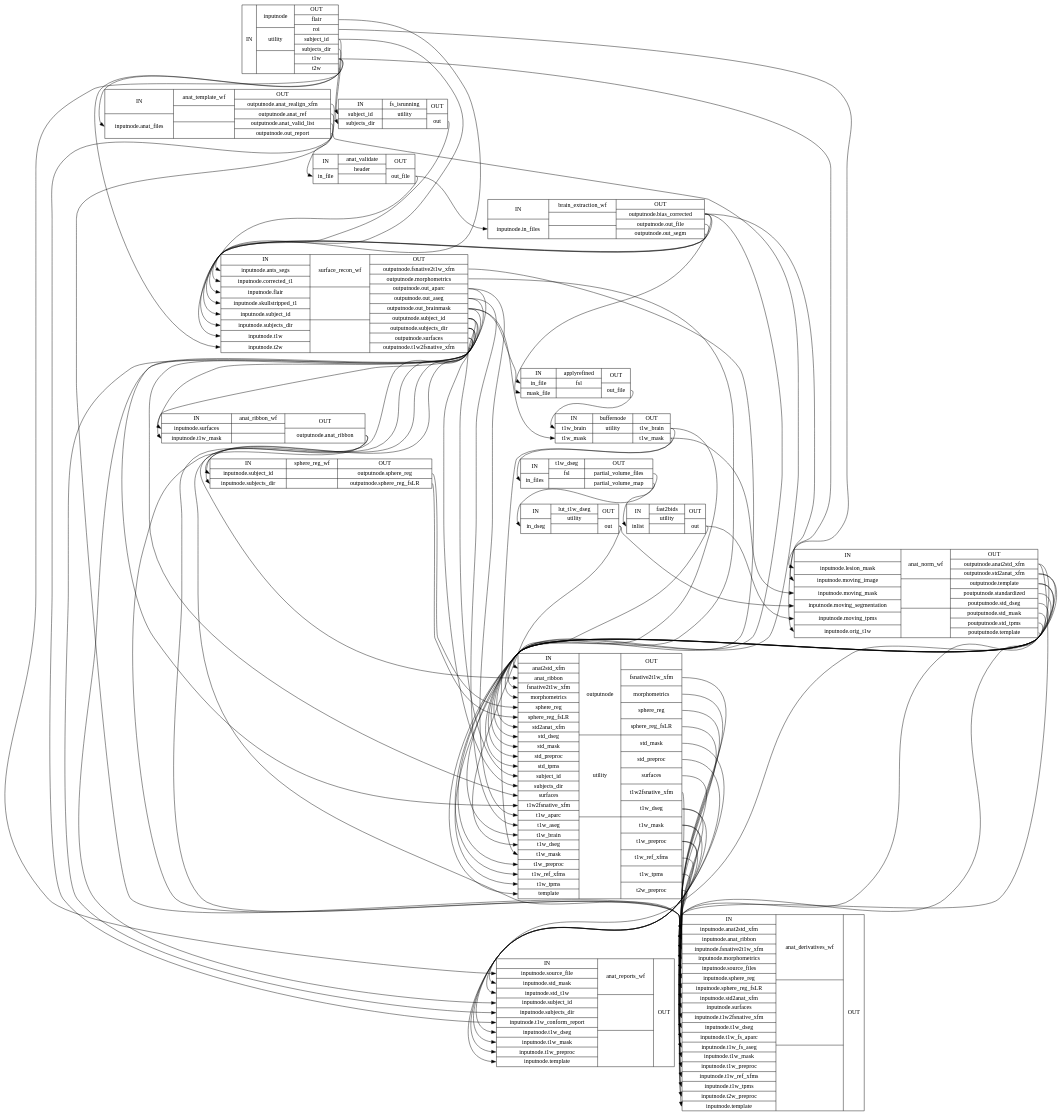
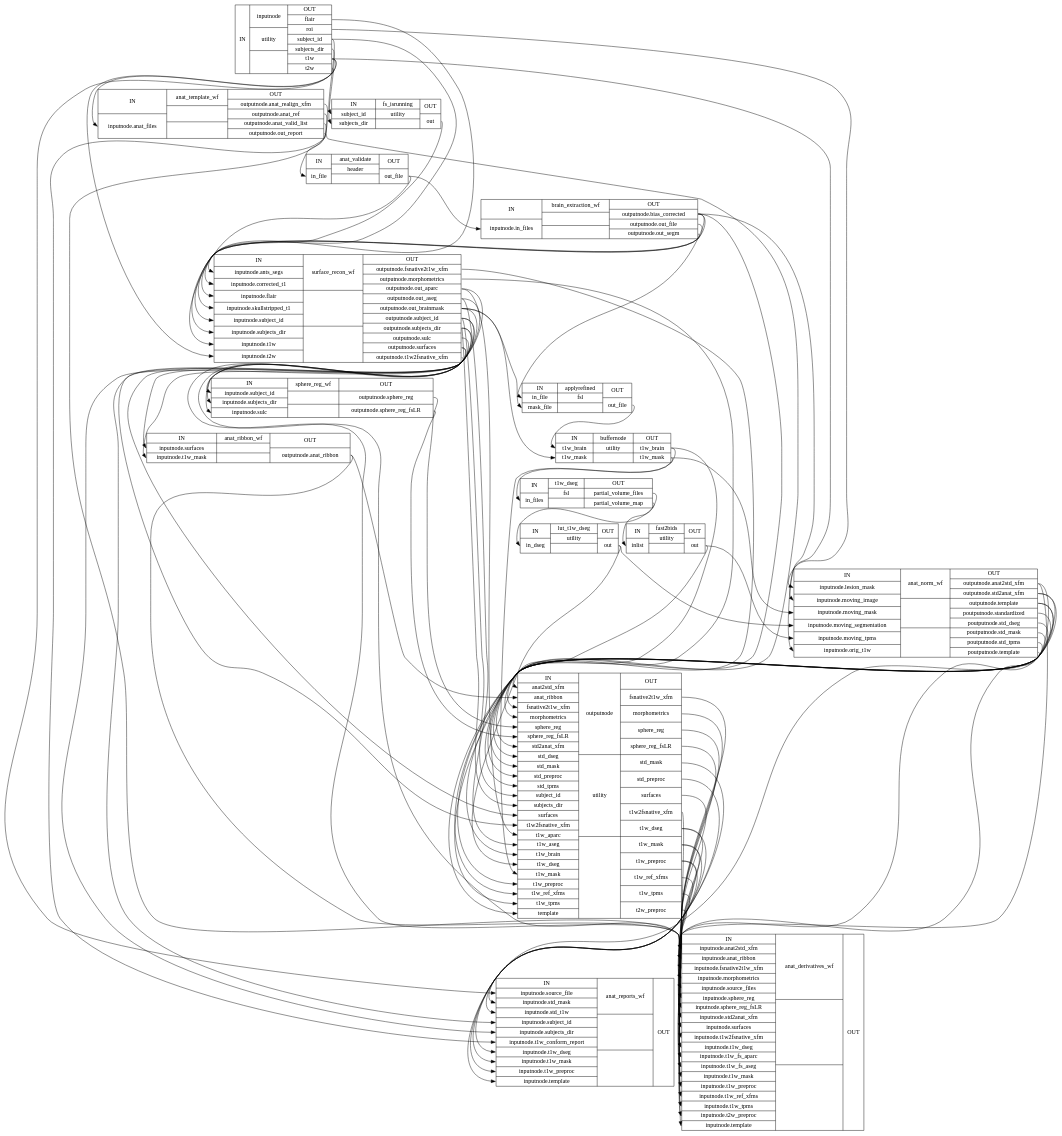
The diagram in 0.11.1/wf_directive/api/anat_preproc_wf/smriprep-workflows-anatomical-1_detailed.dot (psadil/smriprep), drawn with Graphviz before and after one commit. The commit also changed 3009 other files, not shown here.

```diff
--- a/0.11.1/wf_directive/api/anat_preproc_wf/smriprep-workflows-anatomical-1_detailed.dot
+++ b/0.11.1/wf_directive/api/anat_preproc_wf/smriprep-workflows-anatomical-1_detailed.dot
@@ -5,10 +5,10 @@
 anat_preproc_wffs_isrunning [label="{IN|<insubjectid> subject_id|<insubjectsdir> subjects_dir}|{ fs_isrunning | utility |  }|{OUT|<outout> out}"];
 anat_preproc_wfanat_validate [label="{IN|<ininfile> in_file}|{ anat_validate | header |  }|{OUT|<outoutfile> out_file}"];
 anat_preproc_wfbrain_extraction_wf [label="{IN|<ininputnodeinfiles> inputnode.in_files}|{ brain_extraction_wf |  |  }|{OUT|<outoutputnodebiascorrected> outputnode.bias_corrected|<outoutputnodeoutfile> outputnode.out_file|<outoutputnodeoutsegm> outputnode.out_segm}"];
-anat_preproc_wfsurface_recon_wf [label="{IN|<ininputnodeantssegs> inputnode.ants_segs|<ininputnodecorrectedt1> inputnode.corrected_t1|<ininputnodeflair> inputnode.flair|<ininputnodeskullstrippedt1> inputnode.skullstripped_t1|<ininputnodesubjectid> inputnode.subject_id|<ininputnodesubjectsdir> inputnode.subjects_dir|<ininputnodet1w> inputnode.t1w|<ininputnodet2w> inputnode.t2w}|{ surface_recon_wf |  |  }|{OUT|<outoutputnodefsnative2t1wxfm> outputnode.fsnative2t1w_xfm|<outoutputnodemorphometrics> outputnode.morphometrics|<outoutputnodeoutaparc> outputnode.out_aparc|<outoutputnodeoutaseg> outputnode.out_aseg|<outoutputnodeoutbrainmask> outputnode.out_brainmask|<outoutputnodesubjectid> outputnode.subject_id|<outoutputnodesubjectsdir> outputnode.subjects_dir|<outoutputnodesurfaces> outputnode.surfaces|<outoutputnodet1w2fsnativexfm> outputnode.t1w2fsnative_xfm}"];
+anat_preproc_wfsurface_recon_wf [label="{IN|<ininputnodeantssegs> inputnode.ants_segs|<ininputnodecorrectedt1> inputnode.corrected_t1|<ininputnodeflair> inputnode.flair|<ininputnodeskullstrippedt1> inputnode.skullstripped_t1|<ininputnodesubjectid> inputnode.subject_id|<ininputnodesubjectsdir> inputnode.subjects_dir|<ininputnodet1w> inputnode.t1w|<ininputnodet2w> inputnode.t2w}|{ surface_recon_wf |  |  }|{OUT|<outoutputnodefsnative2t1wxfm> outputnode.fsnative2t1w_xfm|<outoutputnodemorphometrics> outputnode.morphometrics|<outoutputnodeoutaparc> outputnode.out_aparc|<outoutputnodeoutaseg> outputnode.out_aseg|<outoutputnodeoutbrainmask> outputnode.out_brainmask|<outoutputnodesubjectid> outputnode.subject_id|<outoutputnodesubjectsdir> outputnode.subjects_dir|<outoutputnodesulc> outputnode.sulc|<outoutputnodesurfaces> outputnode.surfaces|<outoutputnodet1w2fsnativexfm> outputnode.t1w2fsnative_xfm}"];
 anat_preproc_wfapplyrefined [label="{IN|<ininfile> in_file|<inmaskfile> mask_file}|{ applyrefined | fsl |  }|{OUT|<outoutfile> out_file}"];
 anat_preproc_wfanat_ribbon_wf [label="{IN|<ininputnodesurfaces> inputnode.surfaces|<ininputnodet1wmask> inputnode.t1w_mask}|{ anat_ribbon_wf |  |  }|{OUT|<outoutputnodeanatribbon> outputnode.anat_ribbon}"];
-anat_preproc_wfsphere_reg_wf [label="{IN|<ininputnodesubjectid> inputnode.subject_id|<ininputnodesubjectsdir> inputnode.subjects_dir}|{ sphere_reg_wf |  |  }|{OUT|<outoutputnodespherereg> outputnode.sphere_reg|<outoutputnodesphereregfsLR> outputnode.sphere_reg_fsLR}"];
+anat_preproc_wfsphere_reg_wf [label="{IN|<ininputnodesubjectid> inputnode.subject_id|<ininputnodesubjectsdir> inputnode.subjects_dir|<ininputnodesulc> inputnode.sulc}|{ sphere_reg_wf |  |  }|{OUT|<outoutputnodespherereg> outputnode.sphere_reg|<outoutputnodesphereregfsLR> outputnode.sphere_reg_fsLR}"];
 anat_preproc_wfbuffernode [label="{IN|<int1wbrain> t1w_brain|<int1wmask> t1w_mask}|{ buffernode | utility |  }|{OUT|<outt1wbrain> t1w_brain|<outt1wmask> t1w_mask}"];
 anat_preproc_wft1w_dseg [label="{IN|<ininfiles> in_files}|{ t1w_dseg | fsl |  }|{OUT|<outpartialvolumefiles> partial_volume_files|<outpartialvolumemap> partial_volume_map}"];
 anat_preproc_wflut_t1w_dseg [label="{IN|<inindseg> in_dseg}|{ lut_t1w_dseg | utility |  }|{OUT|<outout> out}"];
@@ -95,6 +95,7 @@
 anat_preproc_wfsurface_recon_wf:outoutputnodesubjectsdir:e -> anat_preproc_wfanat_reports_wf:ininputnodesubjectsdir:w;
 anat_preproc_wfsurface_recon_wf:outoutputnodesubjectsdir:e -> anat_preproc_wfoutputnode:insubjectsdir:w;
 anat_preproc_wfsurface_recon_wf:outoutputnodesubjectsdir:e -> anat_preproc_wfsphere_reg_wf:ininputnodesubjectsdir:w;
+anat_preproc_wfsurface_recon_wf:outoutputnodesulc:e -> anat_preproc_wfsphere_reg_wf:ininputnodesulc:w;
 anat_preproc_wfsurface_recon_wf:outoutputnodesurfaces:e -> anat_preproc_wfanat_ribbon_wf:ininputnodesurfaces:w;
 anat_preproc_wfsurface_recon_wf:outoutputnodesurfaces:e -> anat_preproc_wfoutputnode:insurfaces:w;
 anat_preproc_wfsurface_recon_wf:outoutputnodet1w2fsnativexfm:e -> anat_preproc_wfoutputnode:int1w2fsnativexfm:w;
```
